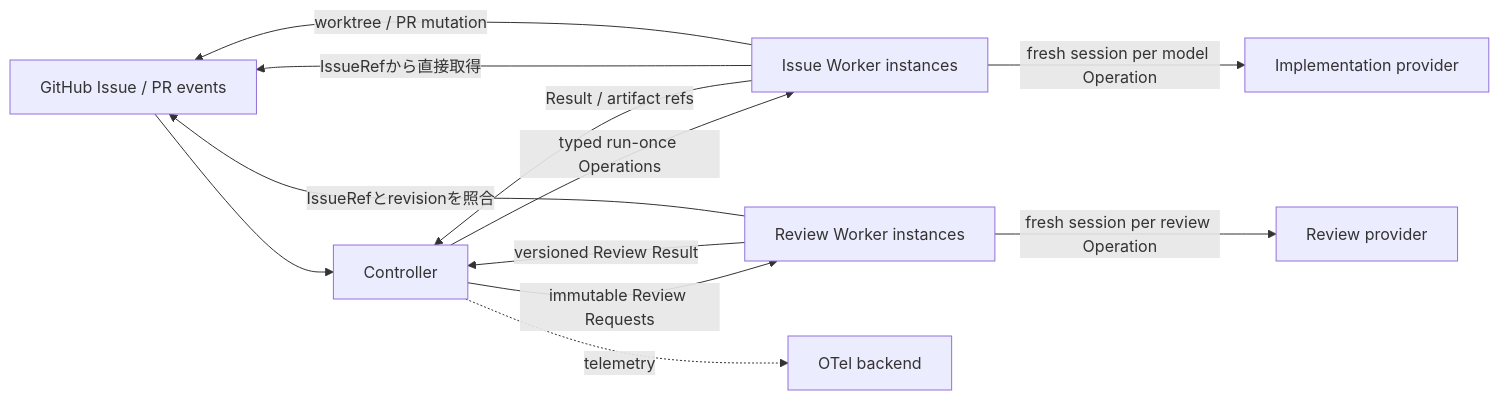
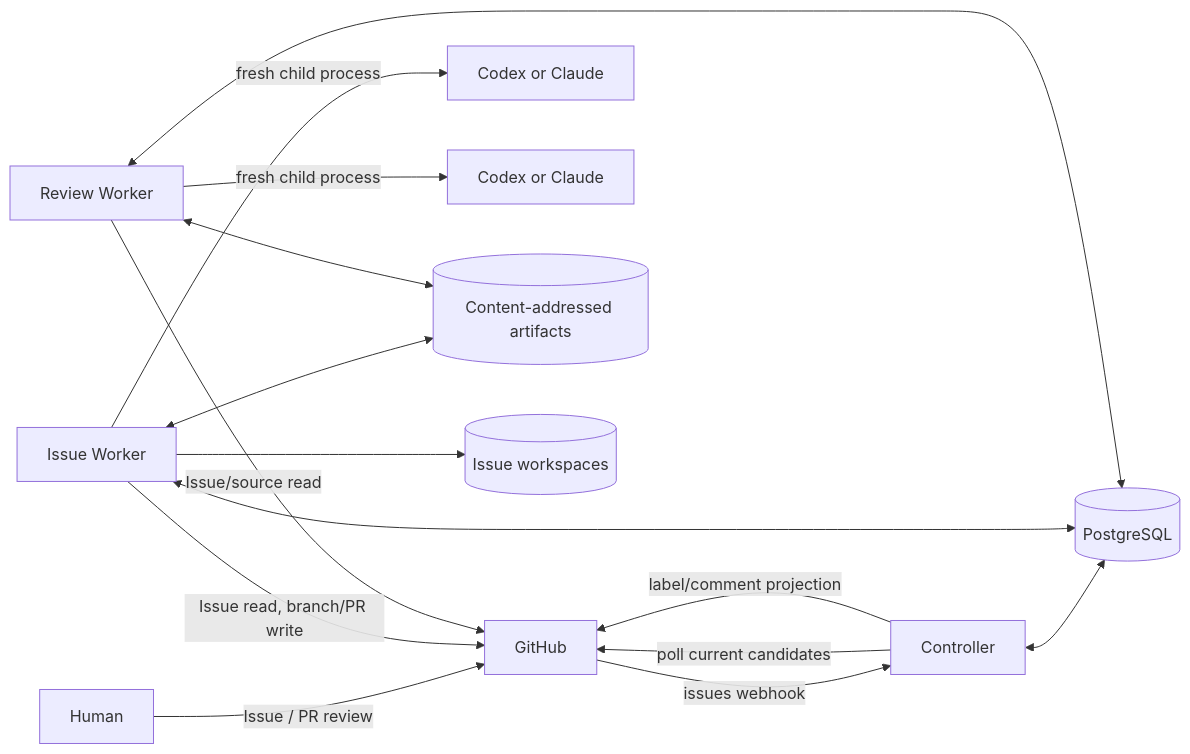
Before and after one commit to mrbaron3/kudo: the first of 3 diagrams in docs/architecture.md, drawn with Mermaid. The commit also changed other lines of this file and 16 other files, not shown here.

````diff
--- a/docs/architecture.md
+++ b/docs/architecture.md
@@ -11,14 +18,17 @@
 ```mermaid
 flowchart LR
-    GH[GitHub Issue / PR events] --> C[Controller]
-    C -->|typed run-once Operations| IW[Issue Worker instances]
-    IW -->|Result / artifact refs| C
-    C -->|immutable Review Requests| RW[Review Worker instances]
-    RW -->|versioned Review Result| C
-    IW -->|fresh session per model Operation| IS[Implementation provider]
-    RW -->|fresh session per review Operation| RS[Review provider]
-    IW -->|IssueRefから直接取得| GH
-    RW -->|IssueRefとrevisionを照合| GH
-    IW -->|worktree / PR mutation| GH
-    C -. telemetry .-> OTEL[OTel backend]
+    H[Human] -->|Issue / PR review| GH[GitHub]
+    GH -->|issues webhook| C[Controller]
+    C -->|poll current candidates| GH
+    C <--> DB[(PostgreSQL)]
+    IW[Issue Worker] <--> DB
+    RW[Review Worker] <--> DB
+    C -->|label/comment projection| GH
+    IW -->|Issue read, branch/PR write| GH
+    RW -->|Issue/source read| GH
+    IW -->|fresh child process| P1[Codex or Claude]
+    RW -->|fresh child process| P2[Codex or Claude]
+    IW <--> AS[(Content-addressed artifacts)]
+    RW <--> AS
+    IW --> WS[(Issue workspaces)]
 ```
````
